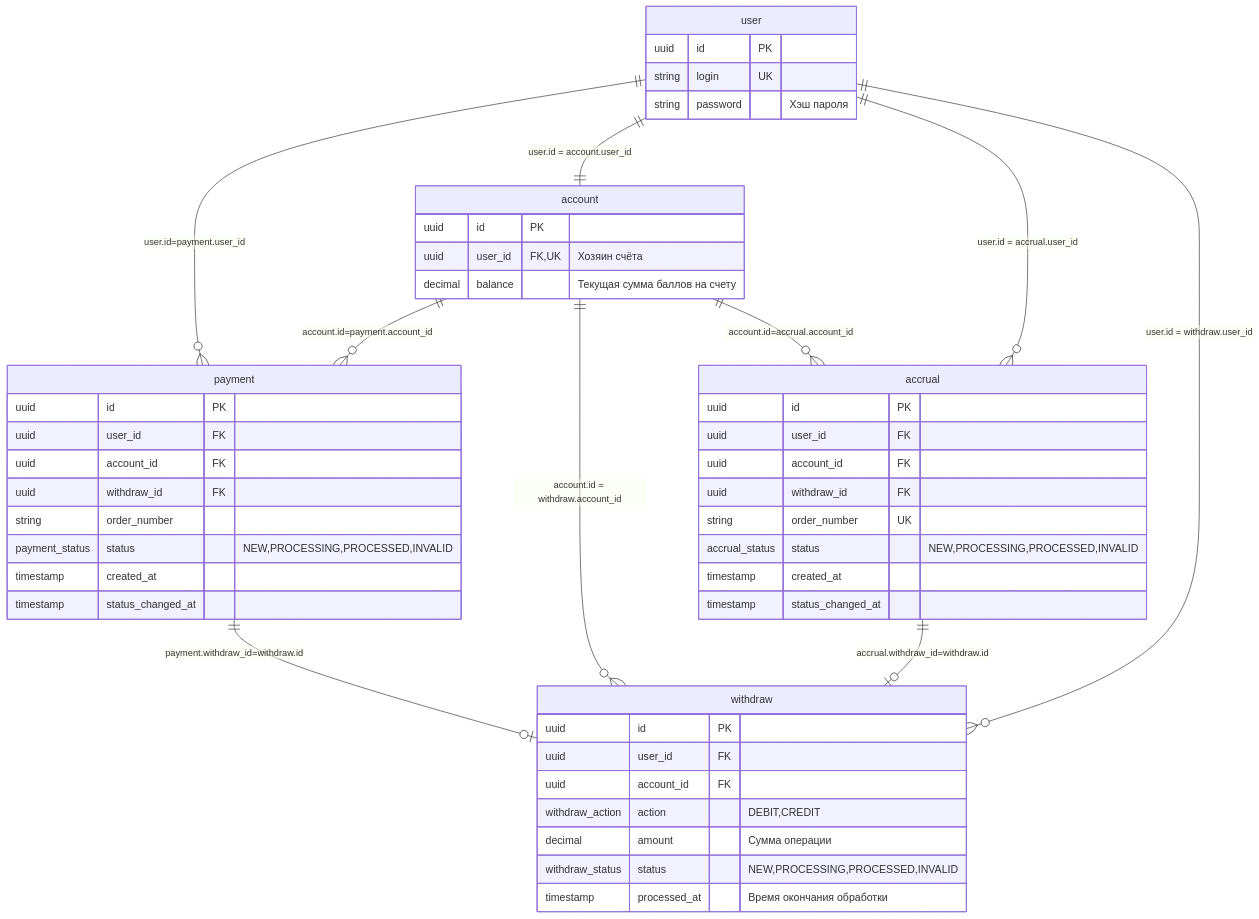
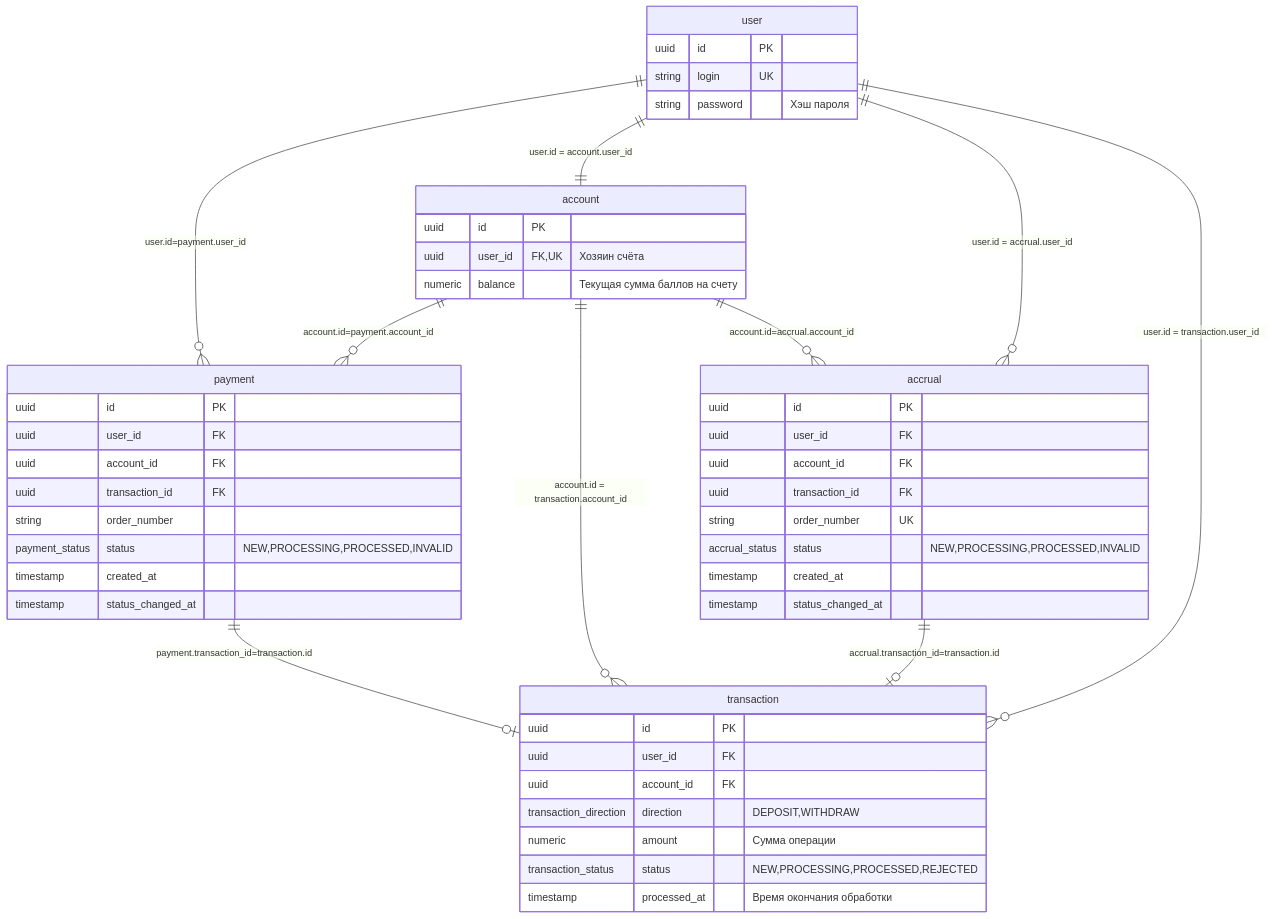
The first of 5 diagrams in README.md (kosalnik/gmarket), drawn with Mermaid before and after one commit. The commit also changed other lines of this file, not shown here.

````diff
--- a/README.md
+++ b/README.md
@@ -36,57 +36,57 @@
 ```mermaid
 erDiagram
 user ||--o{ payment : "user.id=payment.user_id"
 account ||--o{ payment : "account.id=payment.account_id"
 user ||--|| account : "user.id = account.user_id"
-account ||--o{ withdraw : "account.id = withdraw.account_id"
+account ||--o{ transaction : "account.id = transaction.account_id"
 user ||--o{ accrual : "user.id = accrual.user_id"
 account ||--o{ accrual : "account.id=accrual.account_id"
-accrual ||--|o withdraw : "accrual.withdraw_id=withdraw.id"
-payment ||--|o withdraw : "payment.withdraw_id=withdraw.id"
-user ||--o{ withdraw : "user.id = withdraw.user_id"
+accrual ||--|o transaction : "accrual.transaction_id=transaction.id"
+payment ||--|o transaction : "payment.transaction_id=transaction.id"
+user ||--o{ transaction : "user.id = transaction.user_id"
 
 
 user {
   uuid id PK
   string login UK
   string password "Хэш пароля"
 }
 
 account {
   uuid id PK
   uuid user_id FK,UK "Хозяин счёта"
-  decimal balance "Текущая сумма баллов на счету"
+  numeric balance "Текущая сумма баллов на счету"
 }
 
 accrual {
   uuid id PK
   uuid user_id FK
   uuid account_id FK
-  uuid withdraw_id FK
+  uuid transaction_id FK
   string order_number UK
   accrual_status status "NEW,PROCESSING,PROCESSED,INVALID"
   timestamp created_at
   timestamp status_changed_at
 }
 
 payment {
   uuid id PK
   uuid user_id FK
   uuid account_id FK
-  uuid withdraw_id FK
+  uuid transaction_id FK
   string order_number 
   payment_status status "NEW,PROCESSING,PROCESSED,INVALID"
   timestamp created_at
   timestamp status_changed_at
 }
 
-withdraw {
+transaction {
   uuid id PK
   uuid user_id FK ""
   uuid account_id FK ""
-  withdraw_action action "DEBIT,CREDIT"
-  decimal amount "Сумма операции"
-  withdraw_status status "NEW,PROCESSING,PROCESSED,INVALID"
+  transaction_direction direction "DEPOSIT,WITHDRAW"
+  numeric amount "Сумма операции"
+  transaction_status status "NEW,PROCESSING,PROCESSED,REJECTED"
   timestamp processed_at "Время окончания обработки"
 }
 ```
````
